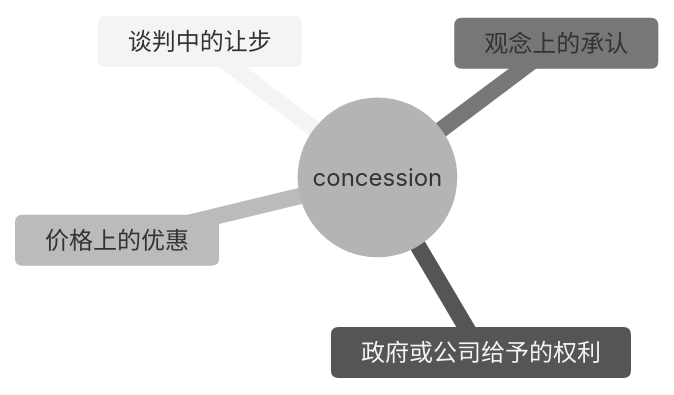
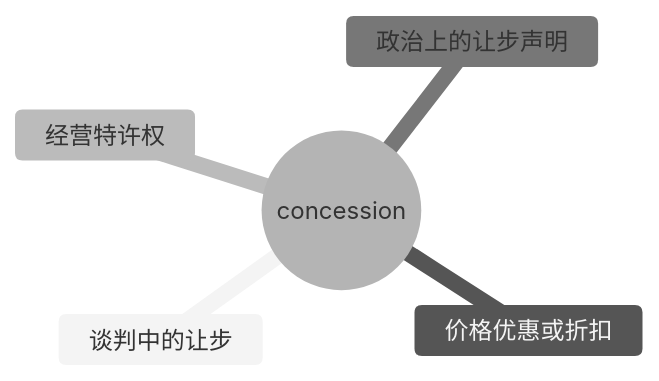
The second of 5 diagrams in slides_backup/托业单词/20260630/04.md (seki999/DialogueFlow), drawn with Mermaid (neutral theme) before and after one commit. The commit also changed other lines of this file and 28 other files, not shown here.

````diff
--- a/slides_backup/托业单词/20260630/04.md
+++ b/slides_backup/托业单词/20260630/04.md
@@ -32,8 +34,8 @@
 ```mermaid
 mindmap
   root((concession))
     谈判中的让步
-    政府或公司给予的权利
-    价格上的优惠
-    观念上的承认
+    价格优惠或折扣
+    经营特许权
+    政治上的让步声明
 ```
````
